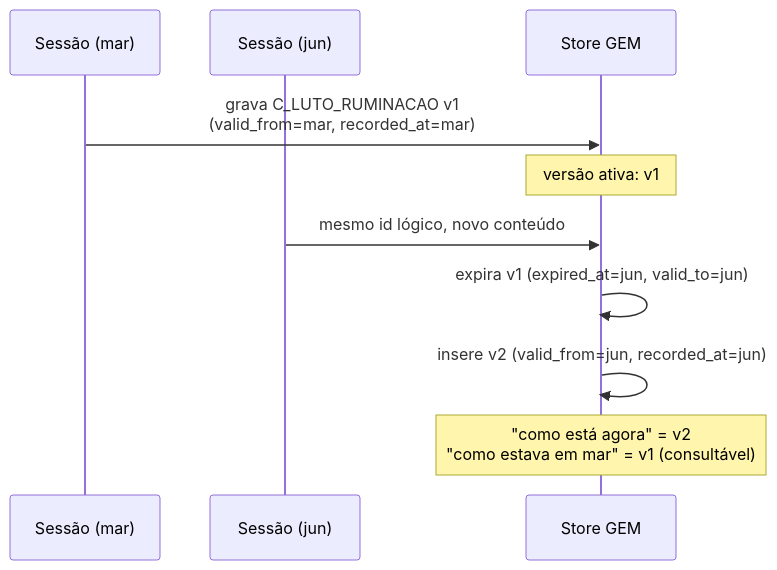
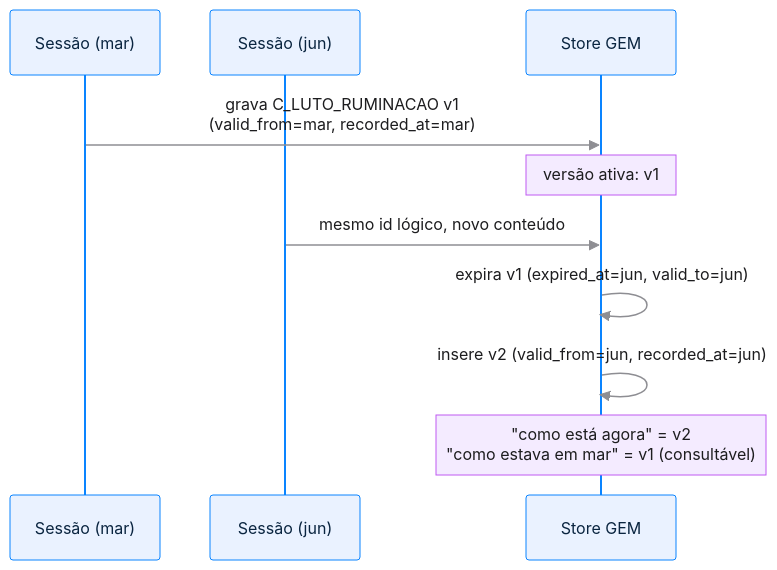
Before and after one commit to myselfgus/patient-memory: the third of 9 diagrams in README.md, drawn with Mermaid. The commit also changed other lines of this file, not shown here.

Commit message:
style(readme): refina diagramas mermaid com linguagem visual Liquid Glass (tema SF, painéis frosted, paleta de sistema Apple, cantos arredondados)

````diff
--- a/README.md
+++ b/README.md
@@ -97,13 +129,14 @@
 ```mermaid
+%%{init: {"theme":"base","themeVariables":{"fontFamily":"-apple-system, BlinkMacSystemFont, Segoe UI, Helvetica, Arial, sans-serif","fontSize":"14px","actorBkg":"#EAF2FF","actorBorder":"#0A84FF","actorTextColor":"#0A2540","signalColor":"#8E8E93","signalTextColor":"#1D1D1F","noteBkgColor":"#F4EBFF","noteBorderColor":"#BF5AF2","noteTextColor":"#1D1D1F","sequenceNumberColor":"#FFFFFF"}}}%%
 sequenceDiagram
     participant S2 as Sessão (mar)
     participant S5 as Sessão (jun)
     participant DB as Store GEM
 
     S2->>DB: grava C_LUTO_RUMINACAO v1<br/>(valid_from=mar, recorded_at=mar)
     Note over DB: versão ativa: v1
     S5->>DB: mesmo id lógico, novo conteúdo
     DB->>DB: expira v1 (expired_at=jun, valid_to=jun)
     DB->>DB: insere v2 (valid_from=jun, recorded_at=jun)
     Note over DB: "como está agora" = v2<br/>"como estava em mar" = v1 (consultável)
 ```
````
